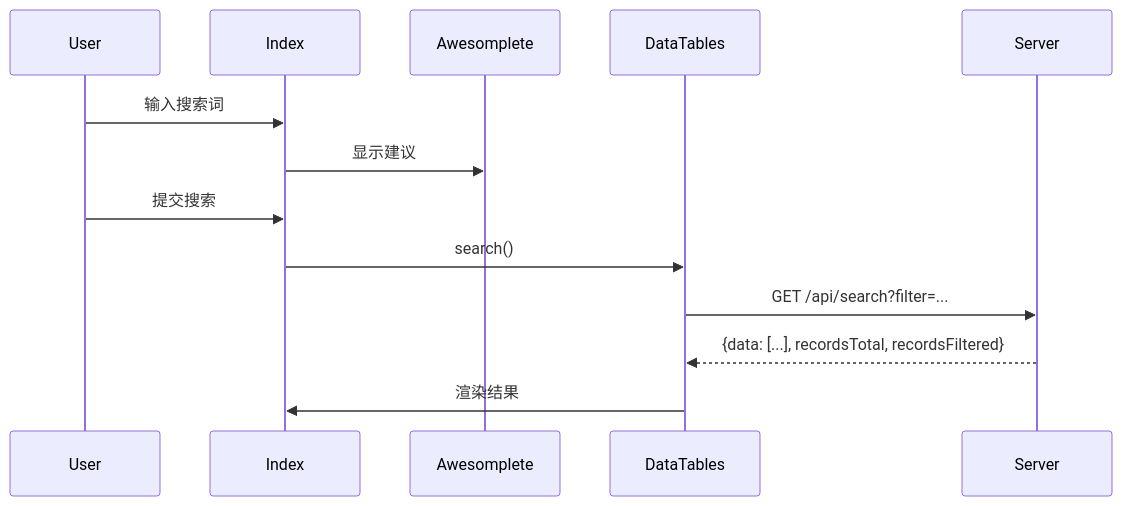
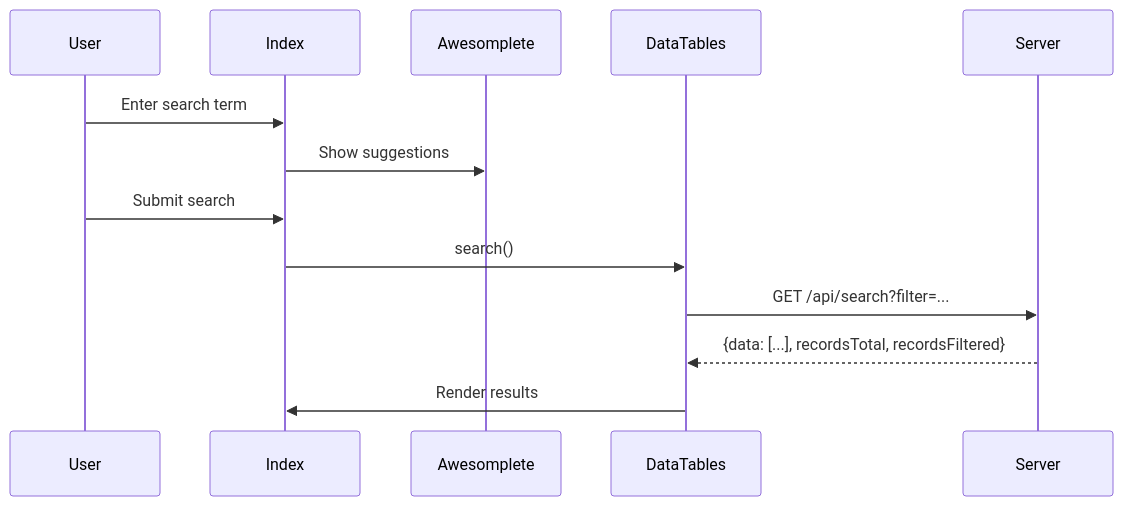
One commit to OborozukiNoYume/LANraragi changed the second of 2 diagrams in docs/zh-CN/05_frontend.md. Above: the diagram before and after it, drawn with Mermaid. The commit also changed other lines of this file and 7 other files, not shown here.

````diff
--- a/docs/zh-CN/05_frontend.md
+++ b/docs/zh-CN/05_frontend.md
@@ -306,10 +306,10 @@
 ```mermaid
 sequenceDiagram
-    User->>Index: 输入搜索词
-    Index->>Awesomplete: 显示建议
-    User->>Index: 提交搜索
+    User->>Index: Enter search term
+    Index->>Awesomplete: Show suggestions
+    User->>Index: Submit search
     Index->>DataTables: search()
     DataTables->>Server: GET /api/search?filter=...
     Server-->>DataTables: {data: [...], recordsTotal, recordsFiltered}
-    DataTables->>Index: 渲染结果
+    DataTables->>Index: Render results
 ```
````
